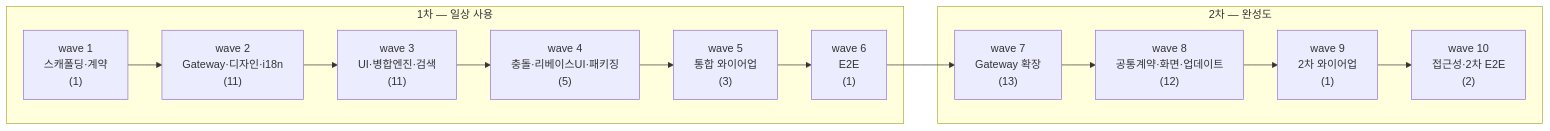
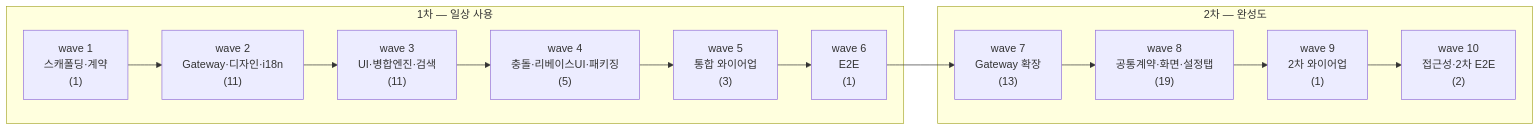
The diagram in tickets/README.md (biuea3866/gitkraken-clone-app), drawn with Mermaid before and after one commit. The commit also changed other lines of this file and 9 other files, not shown here.

````diff
--- a/tickets/README.md
+++ b/tickets/README.md
@@ -140,26 +147,26 @@
 ```mermaid
 flowchart LR
     subgraph P1["1차 — 일상 사용"]
         W1["wave 1<br/>스캐폴딩·계약<br/>(1)"]
         W2["wave 2<br/>Gateway·디자인·i18n<br/>(11)"]
         W3["wave 3<br/>UI·병합엔진·검색<br/>(11)"]
         W4["wave 4<br/>충돌·리베이스UI·패키징<br/>(5)"]
         W5["wave 5<br/>통합 와이어업<br/>(3)"]
         W6["wave 6<br/>E2E<br/>(1)"]
     end
     subgraph P2["2차 — 완성도"]
         W7["wave 7<br/>Gateway 확장<br/>(13)"]
-        W8["wave 8<br/>공통계약·화면·업데이트<br/>(12)"]
+        W8["wave 8<br/>공통계약·화면·설정탭<br/>(19)"]
         W9["wave 9<br/>2차 와이어업<br/>(1)"]
         W10["wave 10<br/>접근성·2차 E2E<br/>(2)"]
     end
     W1 --> W2
     W2 --> W3
     W3 --> W4
     W4 --> W5
     W5 --> W6
     W6 --> W7
     W7 --> W8
     W8 --> W9
     W9 --> W10
 ```
````
